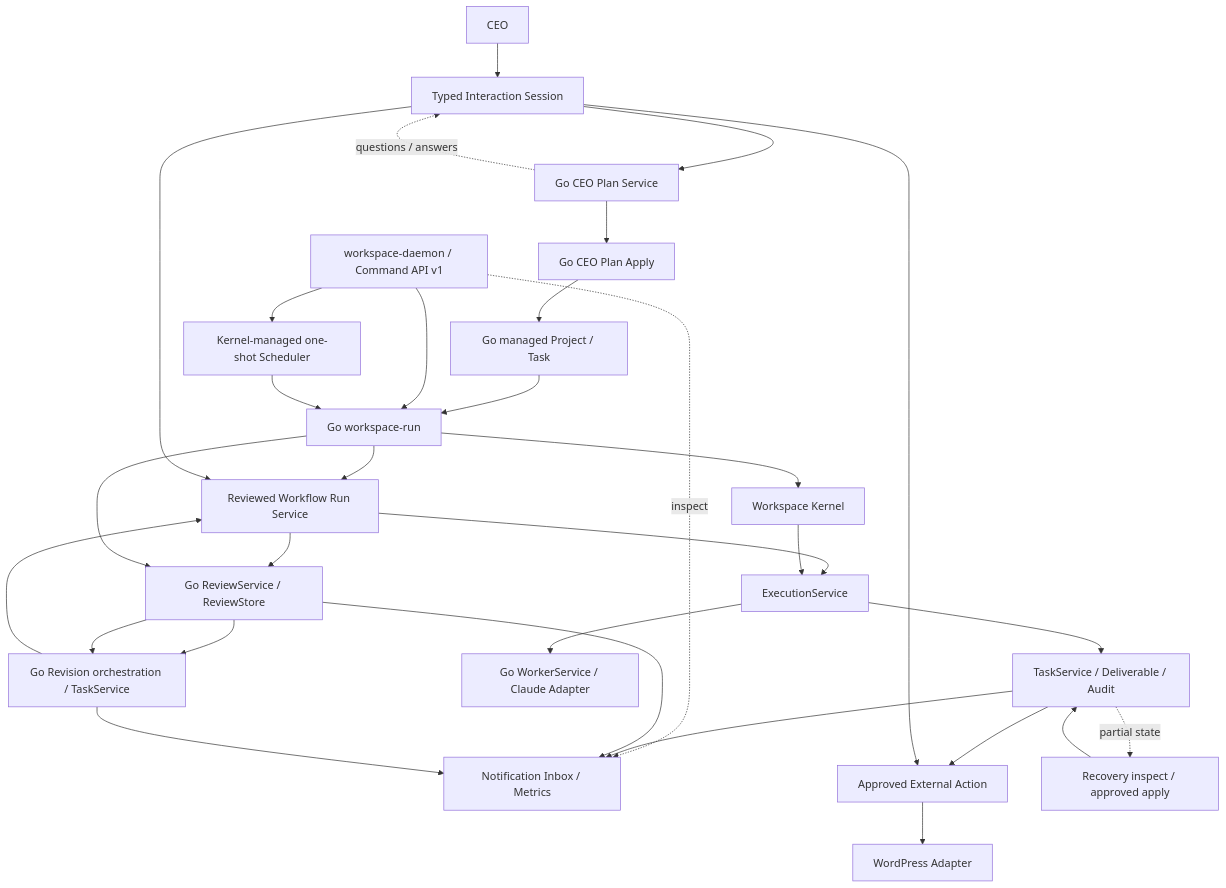
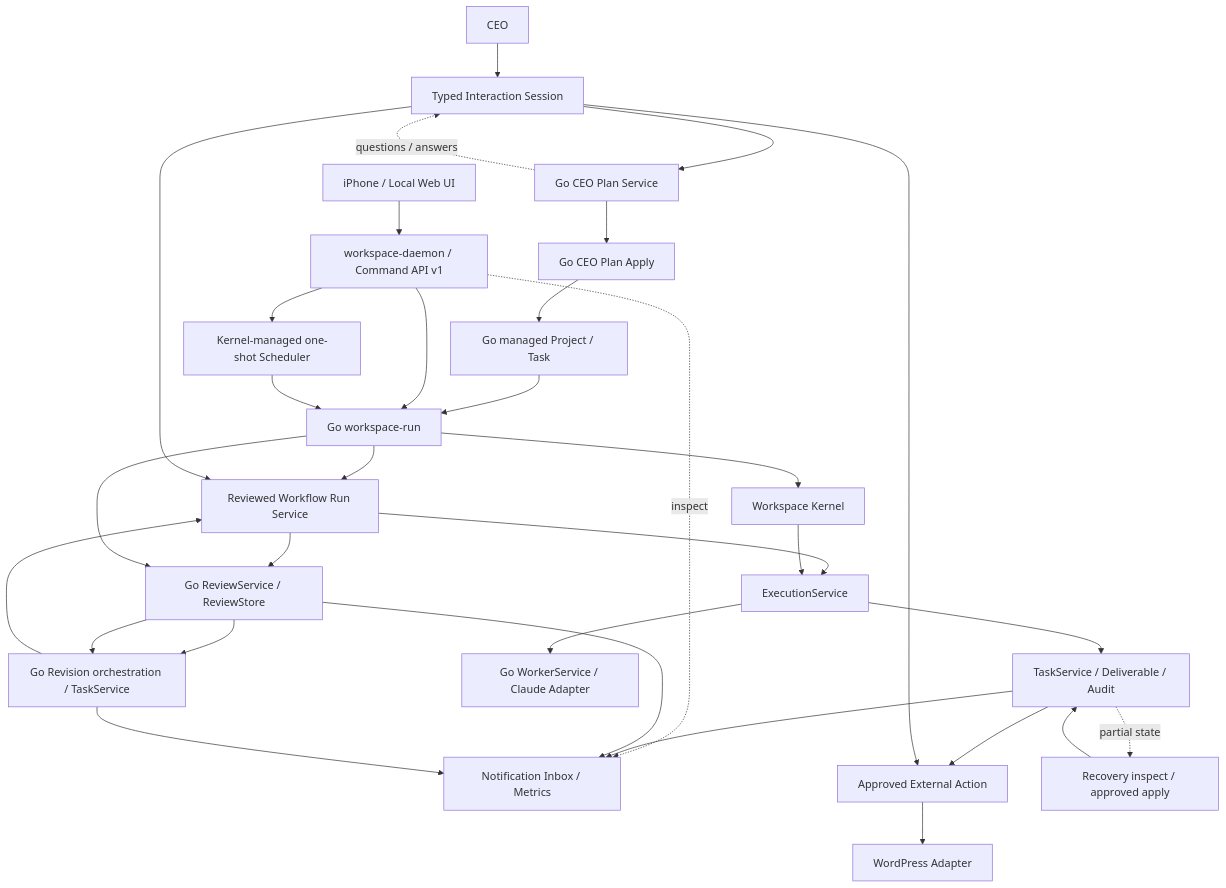
One commit to AkiraShimizu0/WorkCairn changed the diagram in docs/Architecture.md. Above: the diagram before and after it, drawn with Mermaid. The commit also changed other lines of this file and 23 other files, not shown here.

Commit message:
feat: add mobile local interaction client

````diff
--- a/docs/Architecture.md
+++ b/docs/Architecture.md
@@ -9,33 +9,34 @@
 ```mermaid
 flowchart TD
     CEO["CEO"] --> Interaction["Typed Interaction Session"]
     Interaction --> Plan["Go CEO Plan Service"]
     Plan -. questions / answers .-> Interaction
     Plan --> Apply["Go CEO Plan Apply"]
     Apply --> Workflow["Go managed Project / Task"]
     Workflow --> Run["Go workspace-run"]
     API["workspace-daemon / Command API v1"] --> Run
+    Mobile["iPhone / Local Web UI"] --> API
     API --> Scheduler["Kernel-managed one-shot Scheduler"]
     Scheduler --> Run
     API -. inspect .-> Observe["Notification Inbox / Metrics"]
     Run --> WorkflowRun["Reviewed Workflow Run Service"]
     Interaction --> WorkflowRun
     WorkflowRun --> Execution
     WorkflowRun --> Review
     Review --> Revision
     Revision --> WorkflowRun
     Run --> Kernel["Workspace Kernel"]
     Kernel --> Execution["ExecutionService"]
     Execution --> GoWorker["Go WorkerService / Claude Adapter"]
     Execution --> Task["TaskService / Deliverable / Audit"]
     Task --> Action["Approved External Action"]
     Interaction --> Action
     Action --> WordPress["WordPress Adapter"]
     Task --> Observe
     Review --> Observe
     Revision --> Observe
     Task -. partial state .-> Recovery["Recovery inspect / approved apply"]
     Recovery --> Task
     Run --> Review["Go ReviewService / ReviewStore"]
     Review --> Revision["Go Revision orchestration / TaskService"]
 ```
````
